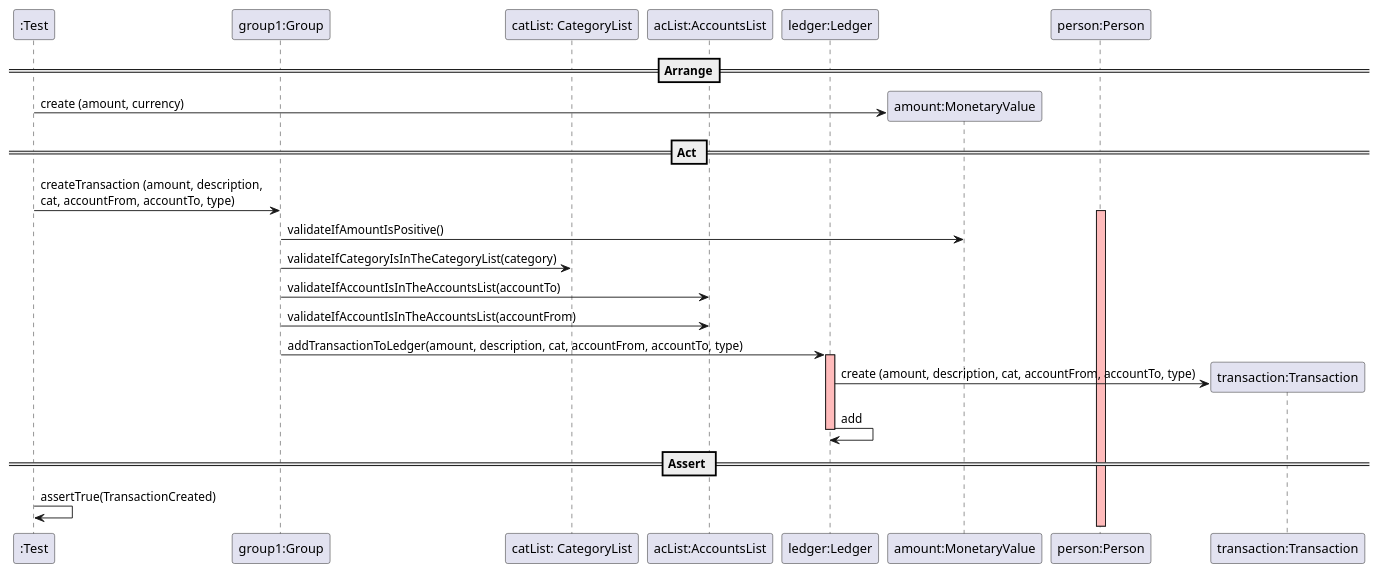
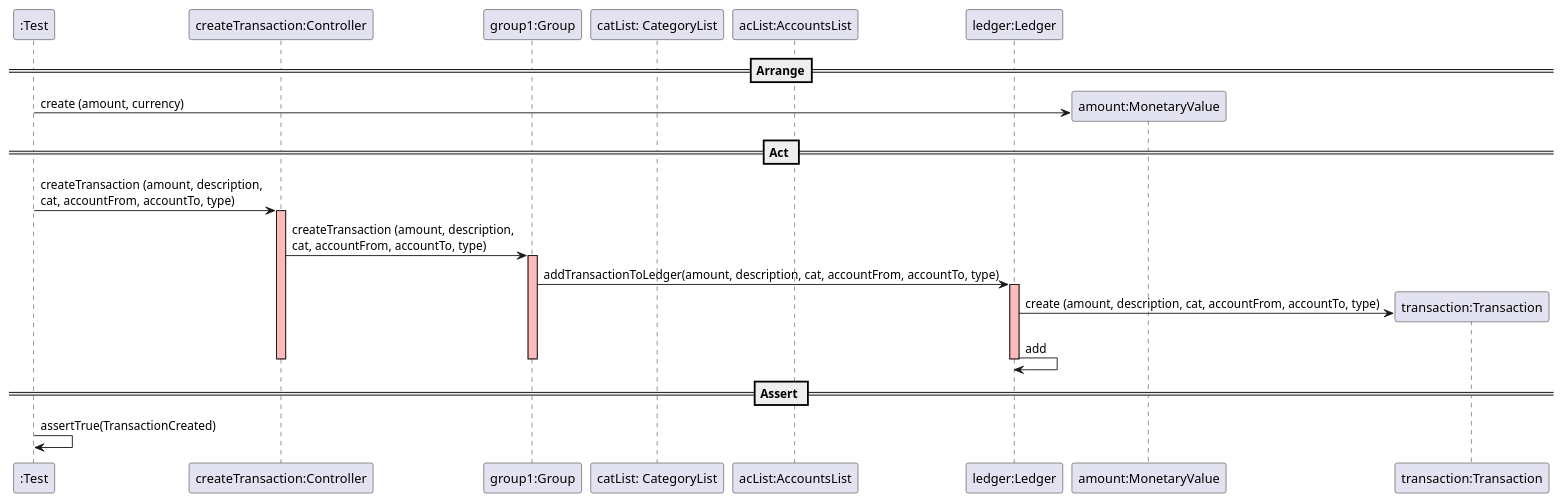
The diagram in docs/SequenceDiagram - US008.1.puml (mleitaoribeiro/DevOpsMaven), drawn with PlantUML before and after one commit.

Commit message:
fixes #371 - update class diagram

```diff
--- a/docs/SequenceDiagram - US008.1.puml
+++ b/docs/SequenceDiagram - US008.1.puml
@@ -1,40 +1,37 @@
 @startuml
 create ":Test"
 
 ==Arrange==
+create "createTransaction:Controller"
 create "group1:Group"
 create "catList: CategoryList"
 create "acList:AccountsList"
 create "ledger:Ledger"
 
 create "amount:MonetaryValue"
 ":Test" -> "amount:MonetaryValue" : create (amount, currency)
 
 == Act ==
 
-":Test" -> "group1:Group" : createTransaction (amount, description, \ncat, accountFrom, accountTo, type)
-activate "person:Person"  #FFBBBB
+":Test" -> "createTransaction:Controller" : createTransaction (amount, description, \ncat, accountFrom, accountTo, type)
+activate "createTransaction:Controller"  #FFBBBB
 
-"group1:Group" -> "amount:MonetaryValue" : validateIfAmountIsPositive()
-
-"group1:Group" -> "catList: CategoryList" : validateIfCategoryIsInTheCategoryList(category)
-
-"group1:Group" -> "acList:AccountsList" : validateIfAccountIsInTheAccountsList(accountTo)
-
-"group1:Group" -> "acList:AccountsList" : validateIfAccountIsInTheAccountsList(accountFrom)
+"createTransaction:Controller" -> "group1:Group" : createTransaction (amount, description, \ncat, accountFrom, accountTo, type)
+activate "group1:Group"  #FFBBBB
 
 "group1:Group" -> "ledger:Ledger" : addTransactionToLedger(amount, description, cat, accountFrom, accountTo, type)
 activate "ledger:Ledger"  #FFBBBB
 
 create "transaction:Transaction"
 "ledger:Ledger" -> "transaction:Transaction" : create (amount, description, cat, accountFrom, accountTo, type)
 
 "ledger:Ledger" -> "ledger:Ledger": add
 deactivate "ledger:Ledger"  #FFBBBB
 deactivate "group1:Group"  #FFBBBB
+deactivate "createTransaction:Controller"  #FFBBBB
 
 == Assert ==
 
 ":Test" -> ":Test" : assertTrue(TransactionCreated)
 
 @enduml
```
